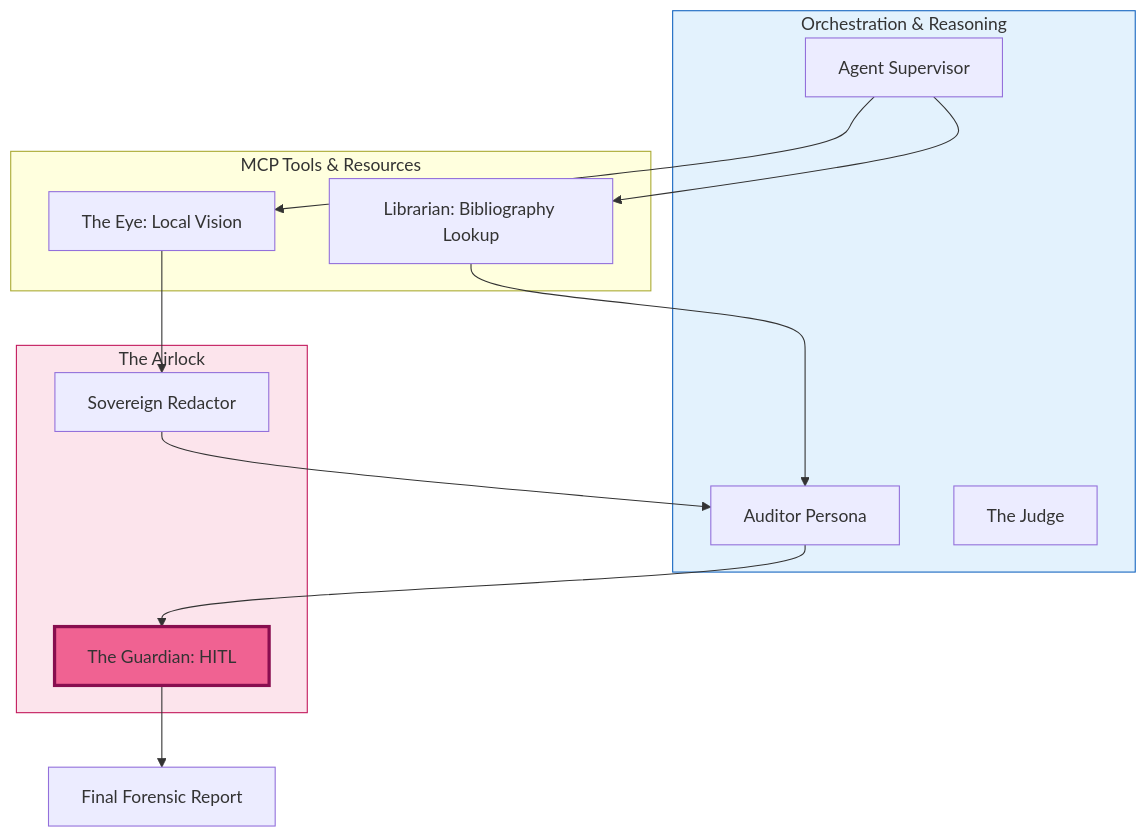
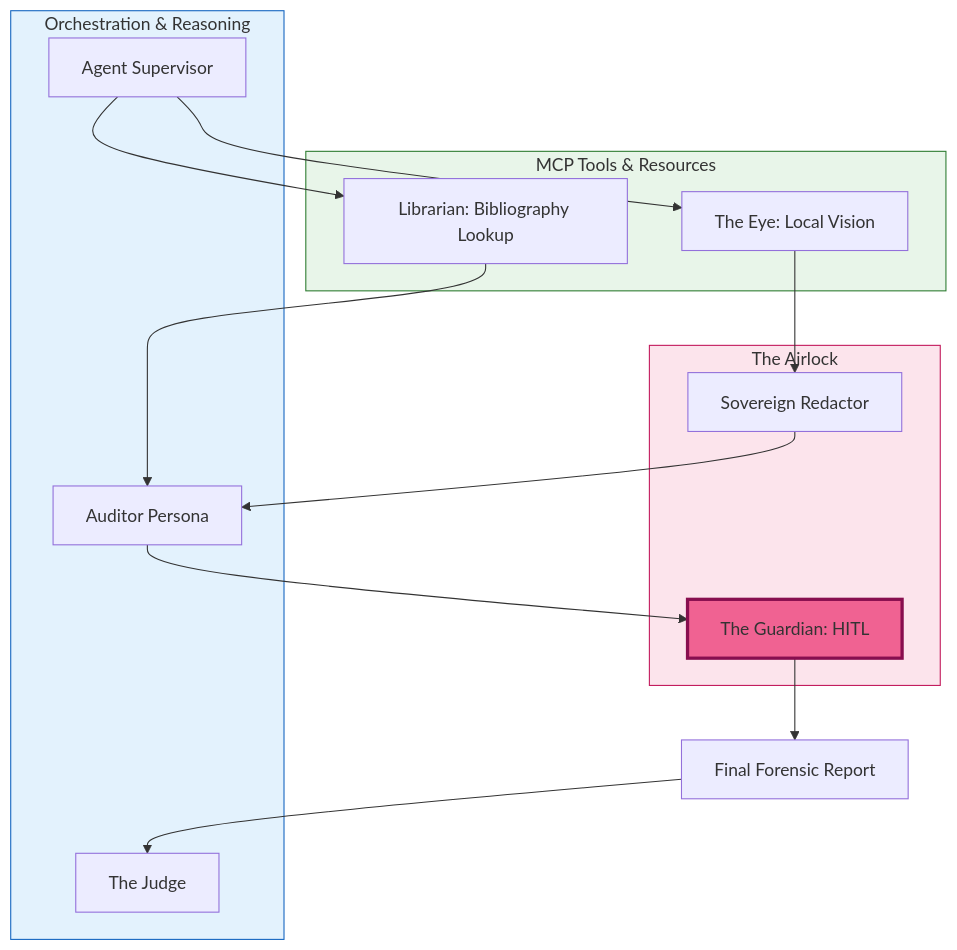
One commit to kenwalger/mcp-forensic-analyzer changed the diagram in README.md. Above: the diagram before and after it, drawn with Mermaid. The commit also changed 2 other files, not shown here.

Commit message:
Verdict priority and Mermaid diagram polish (5/5)
Priority logic fix:
- num_high > 0 check now comes before disputed check
- Dispute one HIGH, approve another -> still "Authentication not supported"

Mermaid diagram:
- H[Final Forensic Report] --> C[The Judge] connects output to evaluation flow
- style Capability_Layer fill:#e8f5e9,stroke:#2e7d32 matches visual weight

````diff
--- a/README.md
+++ b/README.md
@@ -33,30 +33,32 @@
 ```mermaid
 graph TB
     subgraph Intelligence_Layer [Orchestration & Reasoning]
         A[Agent Supervisor]
         B[Auditor Persona]
         C[The Judge]
     end
 
     subgraph Capability_Layer [MCP Tools & Resources]
         D[Librarian: Bibliography Lookup]
         E[The Eye: Local Vision]
     end
 
     subgraph Governance_Layer [The Airlock]
         F[Sovereign Redactor]
         G[The Guardian: HITL]
     end
 
     A --> D
     A --> E
     D --> B
     E --> F
     F --> B
     B --> G
     G --> H[Final Forensic Report]
+    H --> C
 
     style Intelligence_Layer fill:#e3f2fd,stroke:#1565c0
+    style Capability_Layer fill:#e8f5e9,stroke:#2e7d32
     style Governance_Layer fill:#fce4ec,stroke:#c2185b
     style G fill:#f06292,stroke:#880e4f,stroke-width:3px
 ```
````
